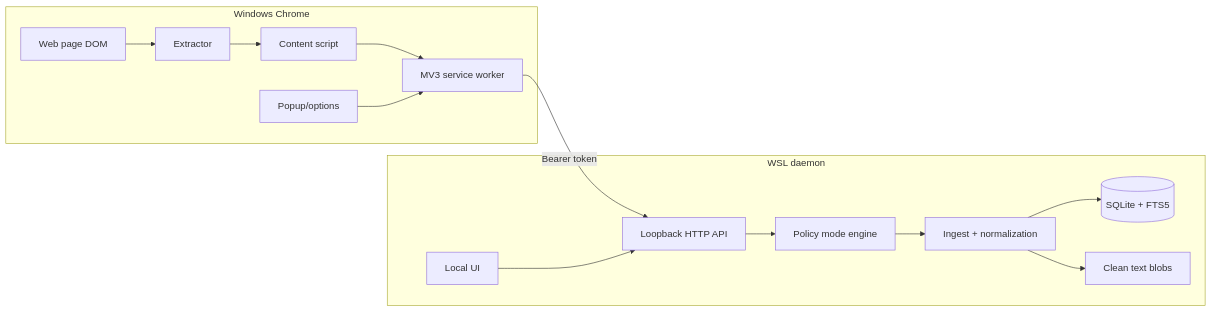
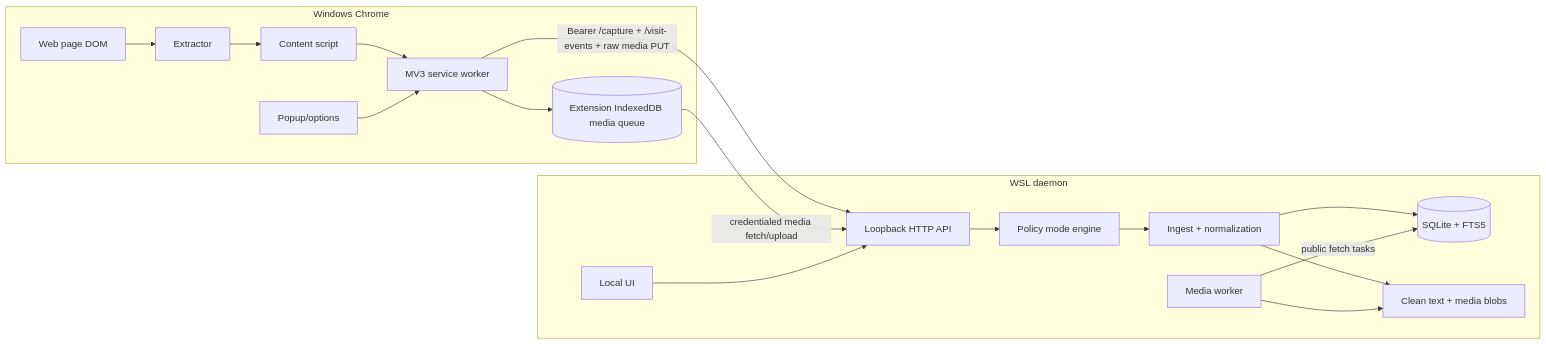
The diagram in docs/ARCHITECTURE.md (michaelnicks0/browser-memory-daemon), drawn with Mermaid before and after one commit. The commit also changed other lines of this file and 31 other files, not shown here.

````diff
--- a/docs/ARCHITECTURE.md
+++ b/docs/ARCHITECTURE.md
@@ -66,28 +71,34 @@
 ```mermaid
 flowchart LR
   subgraph Windows[Windows Chrome]
     Page[Web page DOM]
     Extractor[Extractor]
     CS[Content script]
     SW[MV3 service worker]
+    IDB[(Extension IndexedDB media queue)]
     Popup[Popup/options]
   end
 
   subgraph WSL[WSL daemon]
     API[Loopback HTTP API]
     Policy[Policy mode engine]
     Ingest[Ingest + normalization]
+    MediaWorker[Media worker]
     DB[(SQLite + FTS5)]
-    Blobs[Clean text blobs]
+    Blobs[Clean text + media blobs]
     UI[Local UI]
   end
 
   Page --> Extractor --> CS --> SW
+  SW --> IDB
   Popup --> SW
-  SW -- Bearer token --> API
+  SW -- Bearer /capture + /visit-events + raw media PUT --> API
   API --> Policy
   Policy --> Ingest
   Ingest --> DB
   Ingest --> Blobs
+  IDB -- credentialed media fetch/upload --> API
+  MediaWorker -- public fetch tasks --> DB
+  MediaWorker --> Blobs
   UI --> API
 ```
````
